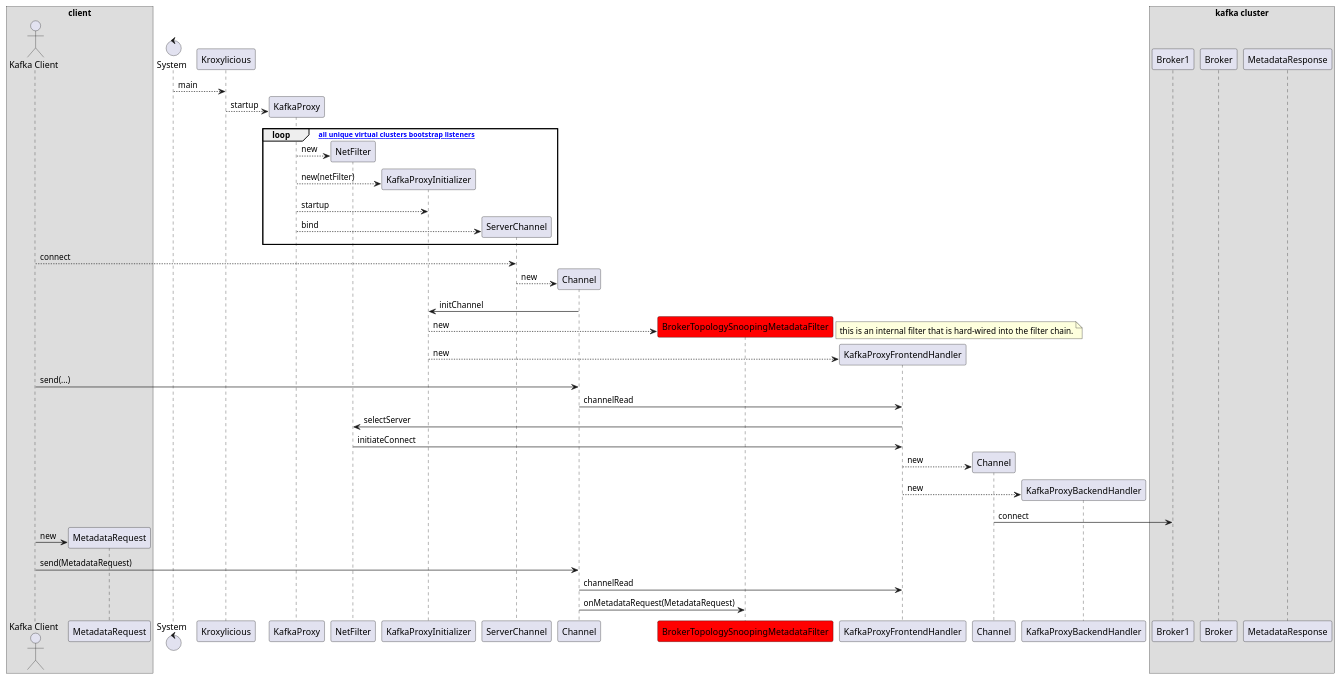
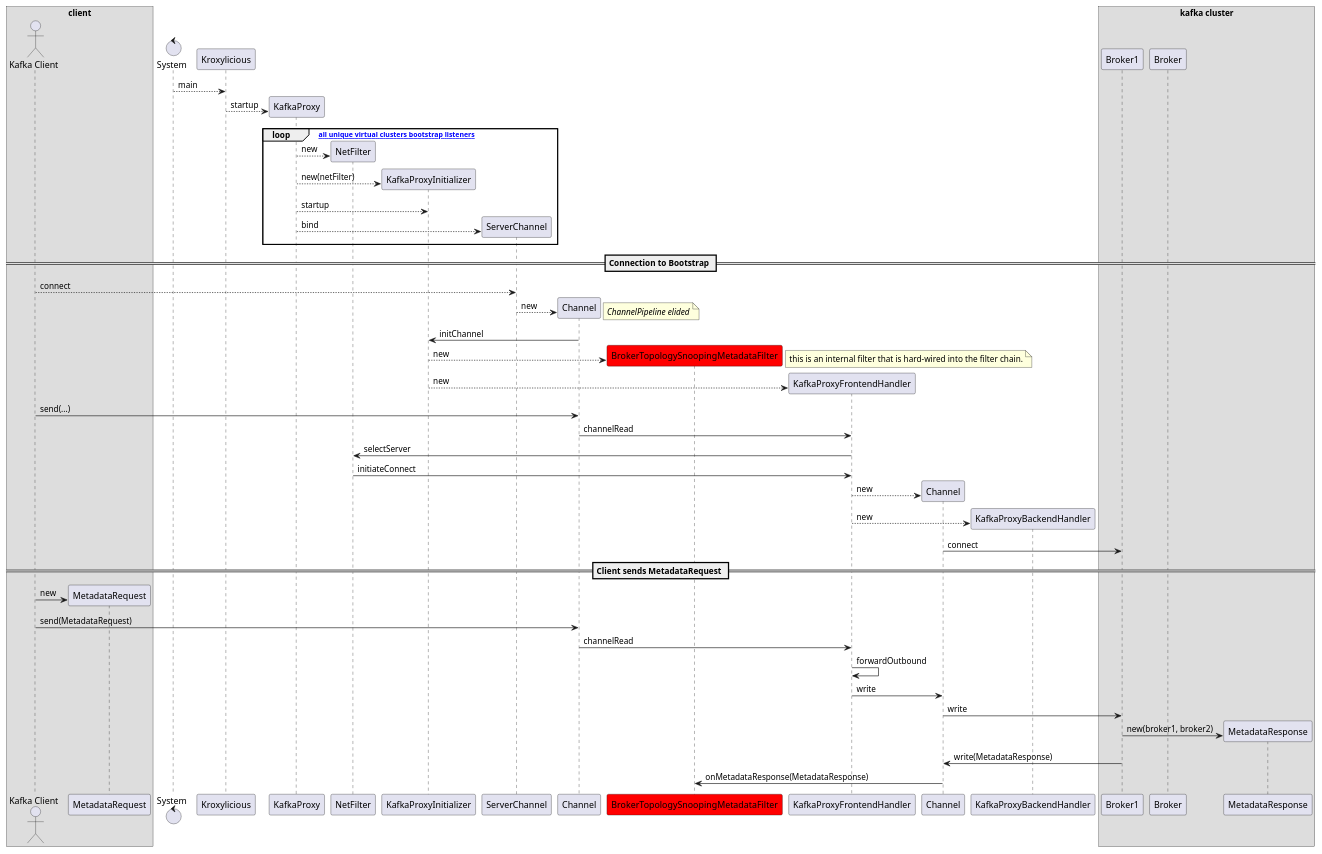
The diagram in proposals/001/seq.puml (kroxylicious/design), drawn with PlantUML before and after one commit.

Commit message:
Update seq.puml
work in progress

```diff
--- a/proposals/001/seq.puml
+++ b/proposals/001/seq.puml
@@ -1,63 +1,76 @@
 @startuml
 
 box client
 Actor "Kafka Client"
 Participant MetadataRequest
 end box
 
 Control "System"
 
 System --> Kroxylicious: main
 Kroxylicious --> KafkaProxy ** : startup
 
 loop [for all unique virtual clusters bootstrap listeners]
   KafkaProxy --> NetFilter ** : new
 
   KafkaProxy --> KafkaProxyInitializer ** : new(netFilter)
   KafkaProxy --> KafkaProxyInitializer: startup
 
   KafkaProxy --> ServerChannel ** : bind
 end
 
+== Connection to Bootstrap ==
 
 "Kafka Client" --> ServerChannel: connect
 Participant Channel as DownstreamChannel
 ServerChannel --> DownstreamChannel **: new
+note right
+  <i>ChannelPipeline elided</i>
+end note
 DownstreamChannel -> KafkaProxyInitializer: initChannel
 
 Participant BrokerTopologySnoopingMetadataFilter #red
 KafkaProxyInitializer --> BrokerTopologySnoopingMetadataFilter ** : new 
 note right
   this is an internal filter that is hard-wired into the filter chain.
 end note
 
 KafkaProxyInitializer --> KafkaProxyFrontendHandler ** : new
 
 
 "Kafka Client" -> DownstreamChannel: send(...)
 DownstreamChannel -> KafkaProxyFrontendHandler:channelRead
 KafkaProxyFrontendHandler -> NetFilter:selectServer
 NetFilter -> KafkaProxyFrontendHandler:initiateConnect
 
 Participant Channel as UpstreamChannel
 KafkaProxyFrontendHandler --> UpstreamChannel ** : new
 
 KafkaProxyFrontendHandler --> KafkaProxyBackendHandler ** : new
 UpstreamChannel -> Broker1 : connect
 
+== Client sends MetadataRequest ==
+
 
 "Kafka Client" -> MetadataRequest ** : new
 "Kafka Client" -> DownstreamChannel: send(MetadataRequest)
 DownstreamChannel -> KafkaProxyFrontendHandler:channelRead
+KafkaProxyFrontendHandler -> KafkaProxyFrontendHandler:forwardOutbound
+KafkaProxyFrontendHandler -> UpstreamChannel:write
+UpstreamChannel -> Broker1:write
 
-DownstreamChannel -> BrokerTopologySnoopingMetadataFilter:onMetadataRequest(MetadataRequest)
+Broker1 -> MetadataResponse ** : new(broker1, broker2)
+
+Broker1 -> UpstreamChannel : write(MetadataResponse)
+UpstreamChannel -> BrokerTopologySnoopingMetadataFilter:onMetadataResponse(MetadataResponse)
+
 
 box kafka cluster
 Participant Broker as Broker1
 Participant Broker as Broker2
 Participant MetadataResponse
 end box
 
 
 
 @enduml
```
